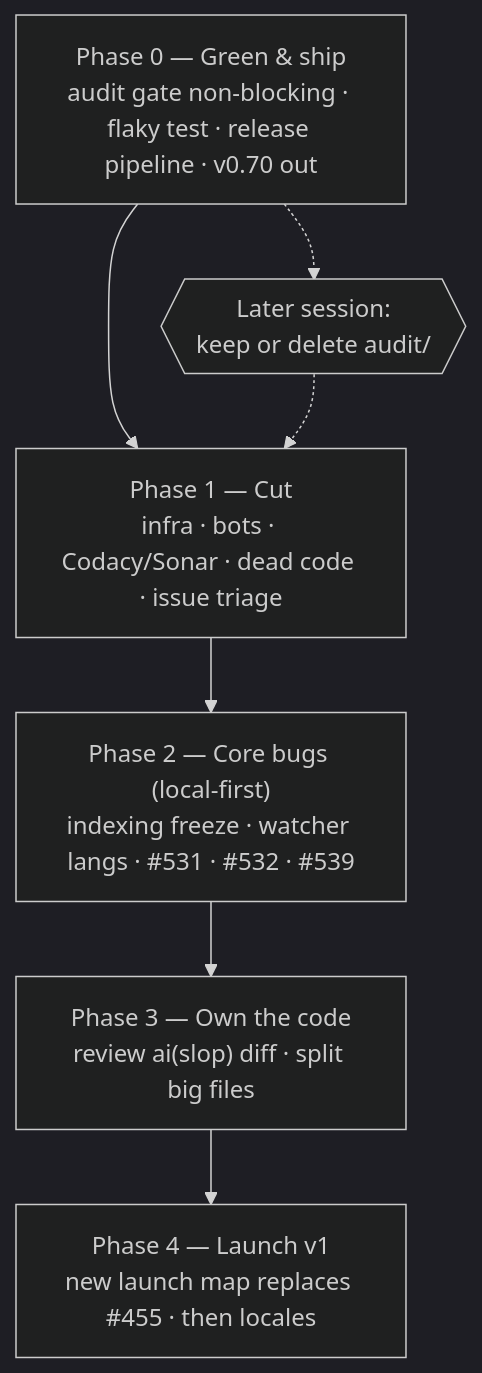
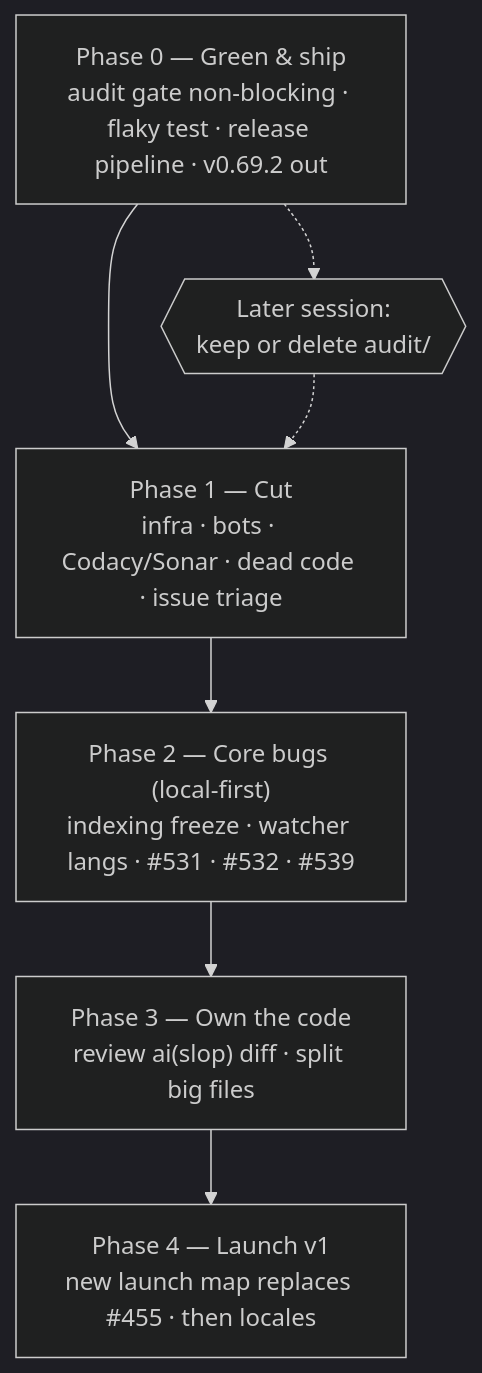
The diagram in trash/plans/aperio-reset/aperio-reset.md (BaiGanio/aperio), drawn with Mermaid (dark theme) before and after one commit. The commit also changed other lines of this file and 2 other files, not shown here.

````diff
--- a/trash/plans/aperio-reset/aperio-reset.md
+++ b/trash/plans/aperio-reset/aperio-reset.md
@@ -46,13 +47,13 @@
 ```mermaid
 graph TD
-    P0["Phase 0 — Green & ship<br/>audit gate non-blocking · flaky test · release pipeline · v0.70 out"]
+    P0["Phase 0 — Green & ship<br/>audit gate non-blocking · flaky test · release pipeline · v0.69.2 out"]
     P1["Phase 1 — Cut<br/>infra · bots · Codacy/Sonar · dead code · issue triage"]
     P2["Phase 2 — Core bugs (local-first)<br/>indexing freeze · watcher langs · #531 · #532 · #539"]
     P3["Phase 3 — Own the code<br/>review ai(slop) diff · split big files"]
     P4["Phase 4 — Launch v1<br/>new launch map replaces #455 · then locales"]
     D1{{"Later session:<br/>keep or delete audit/"}}
 
     P0 --> P1 --> P2 --> P3 --> P4
     P0 -.-> D1
     D1 -.-> P1
 ```
````
